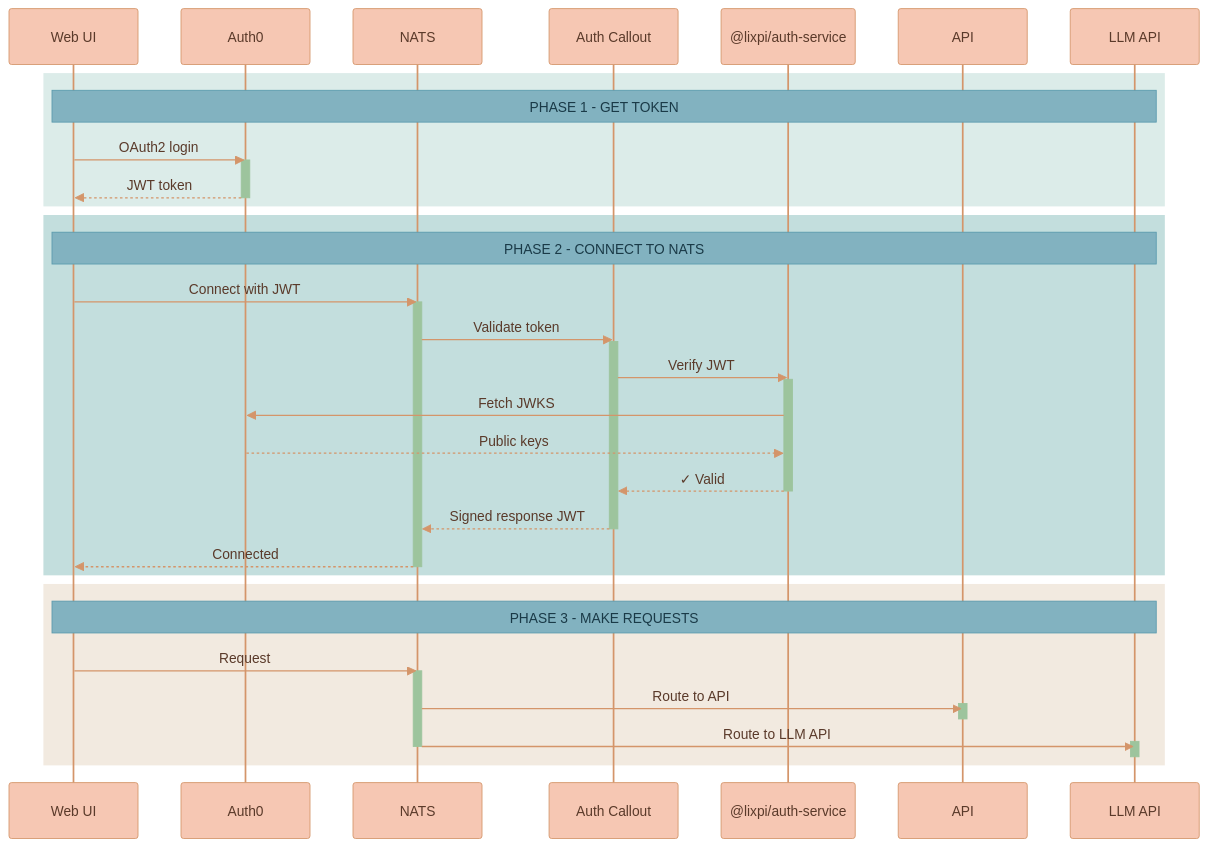
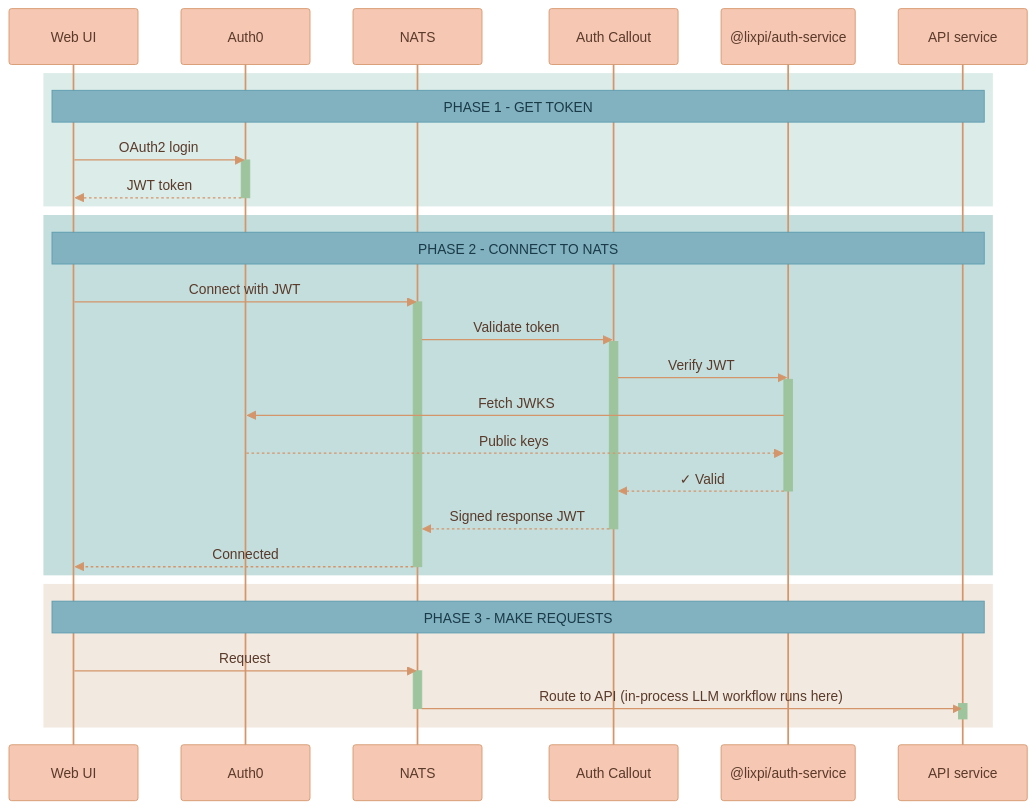
Before and after one commit to Lixpi/lixpi: the fourth of 5 diagrams in documentation/ARCHITECTURE.md, drawn with Mermaid. The commit also changed other lines of this file and 59 other files, not shown here.

Commit message:
LIX-137 # Migrate LLM orchestration from Python llm-api to TypeScript in-process LangGraph module

````diff
--- a/documentation/ARCHITECTURE.md
+++ b/documentation/ARCHITECTURE.md
@@ -176,50 +165,46 @@
 ```mermaid
 %%{init: {'theme': 'base', 'themeVariables': { 'noteBkgColor': '#82B2C0', 'noteTextColor': '#1a3a47', 'noteBorderColor': '#5a9aad', 'actorBkg': '#F6C7B3', 'actorBorder': '#d4956a', 'actorTextColor': '#5a3a2a', 'actorLineColor': '#d4956a', 'signalColor': '#d4956a', 'signalTextColor': '#5a3a2a', 'labelBoxBkgColor': '#F6C7B3', 'labelBoxBorderColor': '#d4956a', 'labelTextColor': '#5a3a2a', 'loopTextColor': '#5a3a2a', 'activationBorderColor': '#9DC49D', 'activationBkgColor': '#9DC49D', 'sequenceNumberColor': '#5a3a2a'}}}%%
 sequenceDiagram
     participant WebUI as Web UI
     participant Auth0 as Auth0
     participant NATS as NATS
     participant AuthCallout as Auth Callout
     participant AuthSvc as @lixpi/auth-service
-    participant API as API
-    participant LLM as LLM API
+    participant API as API service
 
     rect rgb(220, 236, 233)
-        Note over WebUI, LLM: PHASE 1 - GET TOKEN
+        Note over WebUI, API: PHASE 1 - GET TOKEN
         WebUI->>Auth0: OAuth2 login
         activate Auth0
         Auth0-->>WebUI: JWT token
         deactivate Auth0
     end
 
     rect rgb(195, 222, 221)
-        Note over WebUI, LLM: PHASE 2 - CONNECT TO NATS
+        Note over WebUI, API: PHASE 2 - CONNECT TO NATS
         WebUI->>NATS: Connect with JWT
         activate NATS
         NATS->>AuthCallout: Validate token
         activate AuthCallout
         AuthCallout->>AuthSvc: Verify JWT
         activate AuthSvc
         AuthSvc->>Auth0: Fetch JWKS
         Auth0-->>AuthSvc: Public keys
         AuthSvc-->>AuthCallout: ✓ Valid
         deactivate AuthSvc
         AuthCallout-->>NATS: Signed response JWT
         deactivate AuthCallout
         NATS-->>WebUI: Connected
         deactivate NATS
     end
 
     rect rgb(242, 234, 224)
-        Note over WebUI, LLM: PHASE 3 - MAKE REQUESTS
+        Note over WebUI, API: PHASE 3 - MAKE REQUESTS
         WebUI->>NATS: Request
         activate NATS
-        NATS->>API: Route to API
+        NATS->>API: Route to API (in-process LLM workflow runs here)
         activate API
         deactivate API
-        NATS->>LLM: Route to LLM API
-        activate LLM
-        deactivate LLM
         deactivate NATS
     end
 ```
````
